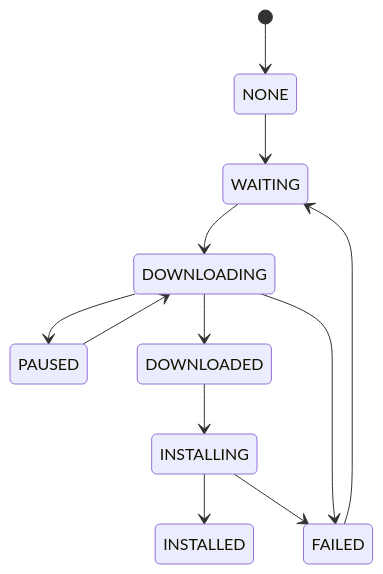
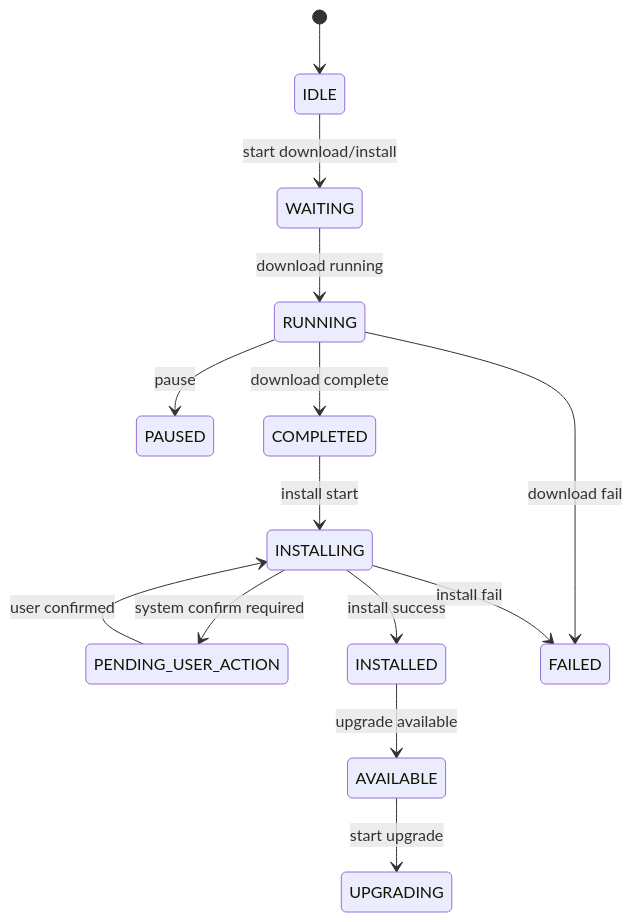
One commit to XZQ/CarAppStore changed the fourth of 4 diagrams in docs/12-状态中心架构与流程.md. Above: the diagram before and after it, drawn with Mermaid. The commit also changed other lines of this file and 35 other files, not shown here.

Commit message:
Docs: reorganize architecture docs and handoff guide

````diff
--- a/docs/12-状态中心架构与流程.md
+++ b/docs/12-状态中心架构与流程.md
@@ -131,14 +143,16 @@
 ```mermaid
 stateDiagram-v2
-    [*] --> NONE
-    NONE --> WAITING
-    WAITING --> DOWNLOADING
-    DOWNLOADING --> PAUSED
-    PAUSED --> DOWNLOADING
-    DOWNLOADING --> DOWNLOADED
-    DOWNLOADED --> INSTALLING
-    INSTALLING --> INSTALLED
-    INSTALLING --> FAILED
-    DOWNLOADING --> FAILED
-    FAILED --> WAITING
+    [*] --> IDLE
+    IDLE --> WAITING: start download/install
+    WAITING --> RUNNING: download running
+    RUNNING --> PAUSED: pause
+    RUNNING --> COMPLETED: download complete
+    COMPLETED --> INSTALLING: install start
+    INSTALLING --> PENDING_USER_ACTION: system confirm required
+    PENDING_USER_ACTION --> INSTALLING: user confirmed
+    INSTALLING --> INSTALLED: install success
+    RUNNING --> FAILED: download fail
+    INSTALLING --> FAILED: install fail
+    INSTALLED --> AVAILABLE: upgrade available
+    AVAILABLE --> UPGRADING: start upgrade
 ```
````
